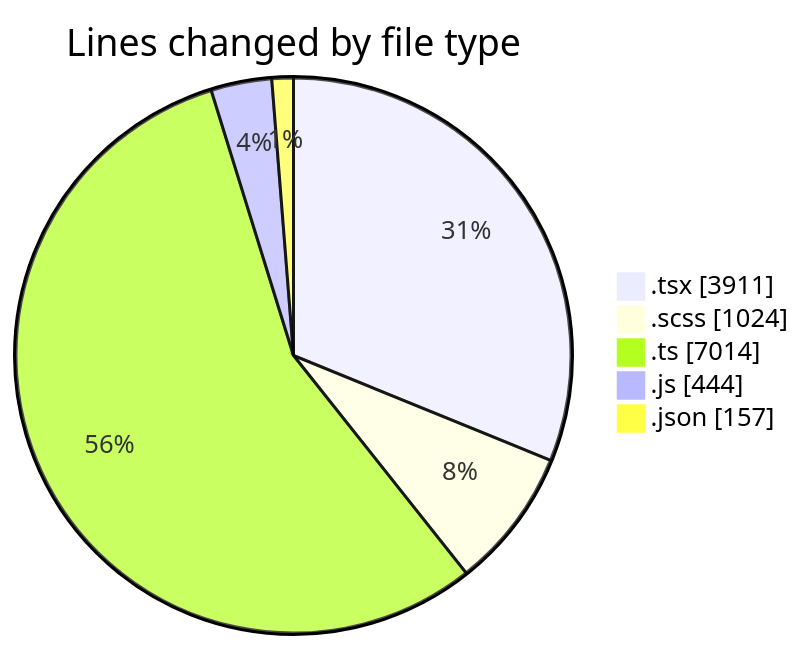
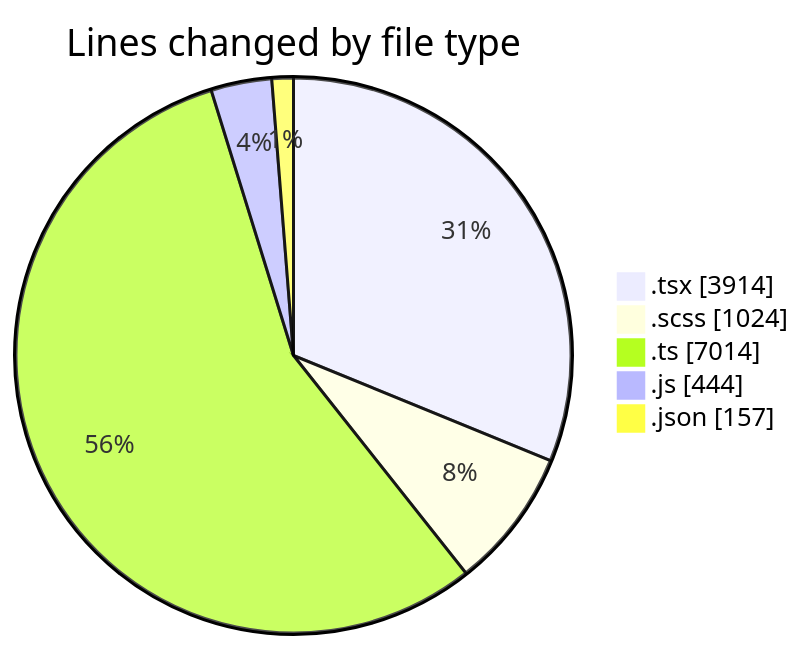
Before and after one commit to momahboobian/code-tracking: the first of 2 diagrams in 2026-04-23/cda/README.md, drawn with Mermaid. The commit also changed other lines of this file and 1 other file, not shown here.

````diff
--- a/2026-04-23/cda/README.md
+++ b/2026-04-23/cda/README.md
@@ -43,9 +43,9 @@
 ```mermaid
 pie showData
 title Lines changed by file type
-".tsx" : 3911
+".tsx" : 3914
 ".scss" : 1024
 ".ts" : 7014
 ".js" : 444
 ".json" : 157
 ```
````
